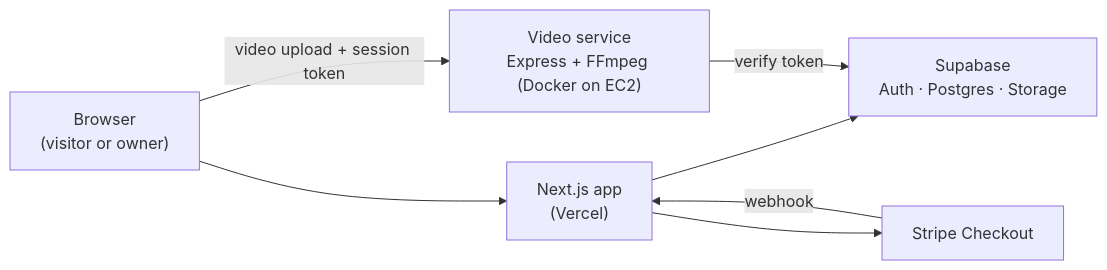
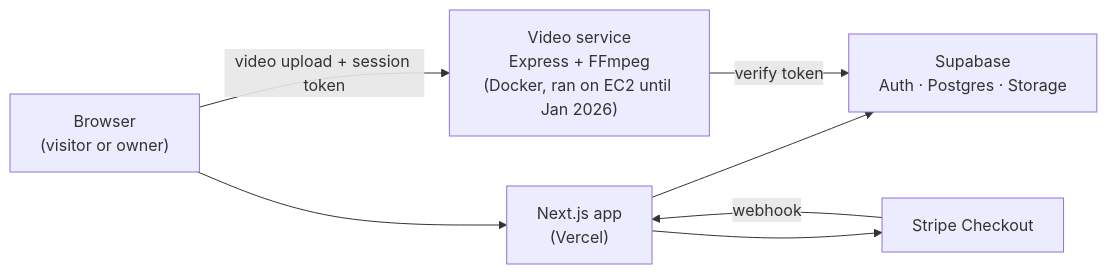
Before and after one commit to thesimpleprogrammer/slate: the diagram in README.md, drawn with Mermaid. The commit also changed other lines of this file and 26 other files, not shown here.

````diff
--- a/README.md
+++ b/README.md
@@ -19,9 +21,9 @@
 ```mermaid
 flowchart LR
   Browser["Browser<br/>(visitor or owner)"] --> Next["Next.js app<br/>(Vercel)"]
   Next --> Supabase["Supabase<br/>Auth · Postgres · Storage"]
   Next --> Stripe["Stripe Checkout"]
   Stripe -- webhook --> Next
-  Browser -- "video upload + session token" --> Video["Video service<br/>Express + FFmpeg (Docker on EC2)"]
+  Browser -- "video upload + session token" --> Video["Video service<br/>Express + FFmpeg<br/>(Docker, ran on EC2 until Jan 2026)"]
   Video -- "verify token" --> Supabase
 ```
````
